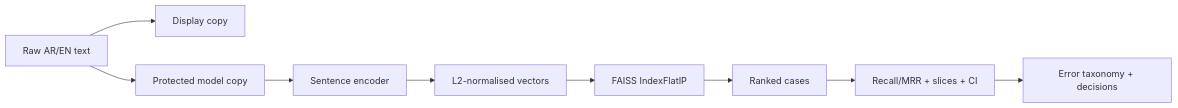
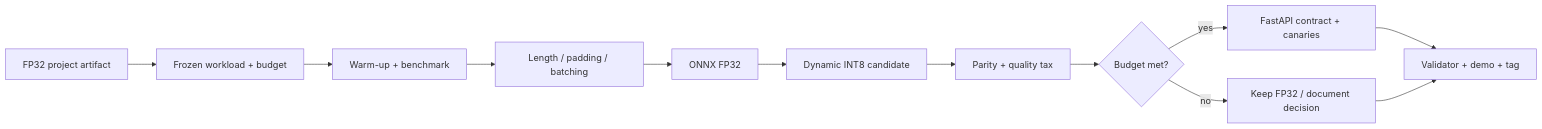
One commit to Manal-qaysi/Bayan_App_NLP2 changed the diagram in README.md. Above: the diagram before and after it, drawn with Mermaid. The commit also changed other lines of this file and 8 other files, not shown here.

````diff
--- a/README.md
+++ b/README.md
@@ -70,11 +70,14 @@
 ```mermaid
 flowchart LR
-    A["Raw AR/EN text"] --> B["Display copy"]
-    A --> C["Protected model copy"]
-    C --> D["Sentence encoder"]
-    D --> E["L2-normalised vectors"]
-    E --> F["FAISS IndexFlatIP"]
-    F --> G["Ranked cases"]
-    G --> H["Recall/MRR + slices + CI"]
-    H --> I["Error taxonomy + decisions"]
+    A["FP32 project artifact"] --> B["Frozen workload + budget"]
+    B --> C["Warm-up + benchmark"]
+    C --> D["Length / padding / batching"]
+    D --> E["ONNX FP32"]
+    E --> F["Dynamic INT8 candidate"]
+    F --> G["Parity + quality tax"]
+    G --> H{"Budget met?"}
+    H -- "yes" --> I["FastAPI contract + canaries"]
+    H -- "no" --> J["Keep FP32 / document decision"]
+    I --> K["Validator + demo + tag"]
+    J --> K
 ```
````
